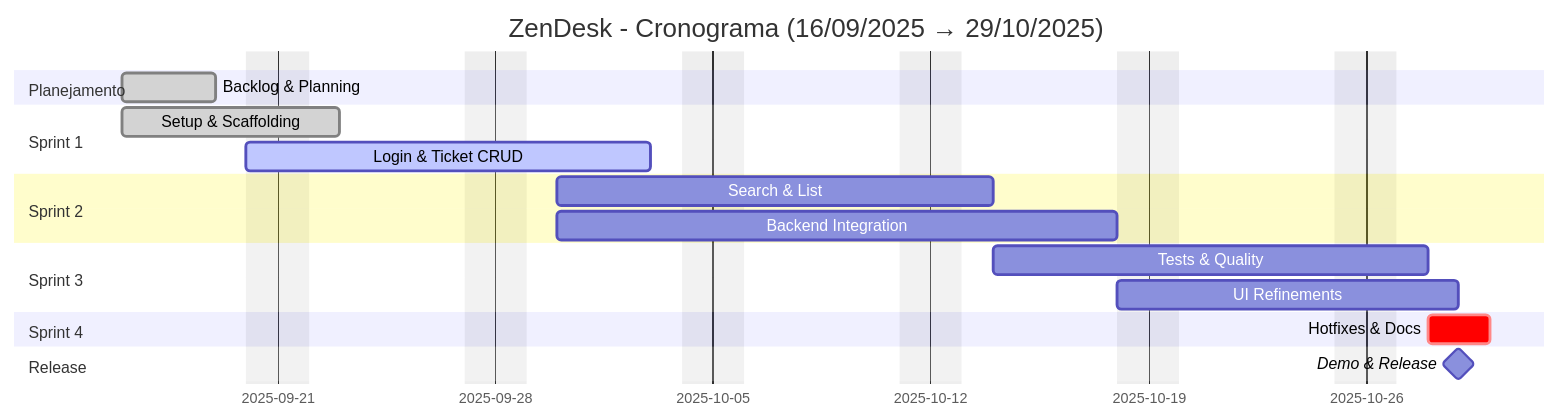
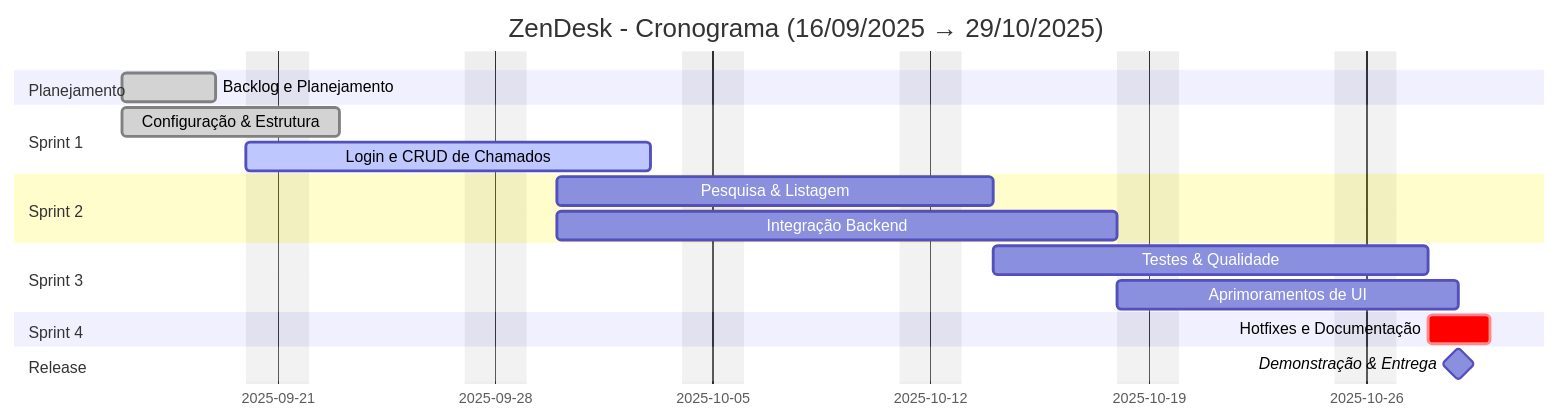
The diagram in gantt/gantt.md (acreditar/ZenDesk), drawn with Mermaid before and after one commit. The commit also changed 4 other files, not shown here.

Commit message:
<doc> adicionando diagrama, arrumando diagrama gantt

````diff
--- a/gantt/gantt.md
+++ b/gantt/gantt.md
@@ -7,27 +7,27 @@
 ```mermaid
 gantt
   dateFormat  YYYY-MM-DD
-   title ZenDesk - Cronograma (16/09/2025 → 29/10/2025)
+  title ZenDesk - Cronograma (16/09/2025 → 29/10/2025)
   excludes weekends
 
   section Planejamento
-  Backlog & Planning       :done,    des1, 2025-09-16, 2025-09-19
+  Backlog e Planejamento   :done,    des1, 2025-09-16, 2025-09-19
 
   section Sprint 1
-  Setup & Scaffolding      :done,    s1-setup, 2025-09-16, 5d
-  Login & Ticket CRUD      :active,  s1-feat, 2025-09-20, 10d
+  Configuração & Estrutura :done,    s1-setup, 2025-09-16, 5d
+  Login e CRUD de Chamados  :active,  s1-feat, 2025-09-20, 10d
 
   section Sprint 2
-  Search & List            :         s2-feat, 2025-09-30, 10d
-  Backend Integration      :         s2-int, 2025-09-30, 14d
+  Pesquisa & Listagem      :         s2-feat, 2025-09-30, 10d
+  Integração Backend       :         s2-int, 2025-09-30, 14d
 
   section Sprint 3
-  Tests & Quality          :         s3-test, 2025-10-14, 10d
-  UI Refinements           :         s3-ui, 2025-10-18, 8d
+  Testes & Qualidade       :         s3-test, 2025-10-14, 10d
+  Aprimoramentos de UI     :         s3-ui, 2025-10-18, 8d
 
   section Sprint 4
-  Hotfixes & Docs          :crit,    s4, 2025-10-28, 2d
+  Hotfixes e Documentação  :crit,    s4, 2025-10-28, 2d
 
   section Release
-  Demo & Release           :milestone, release, 2025-10-29, 0d
+  Demonstração & Entrega   :milestone, release, 2025-10-29, 0d
 ```
````
